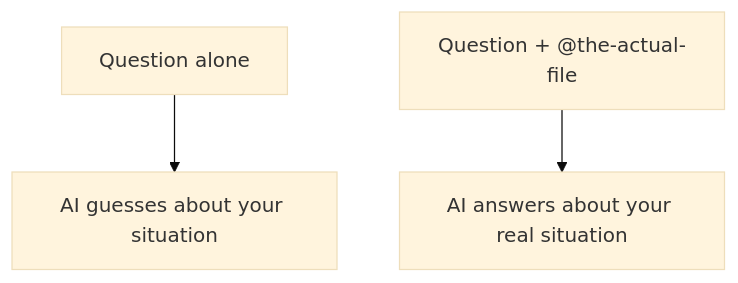
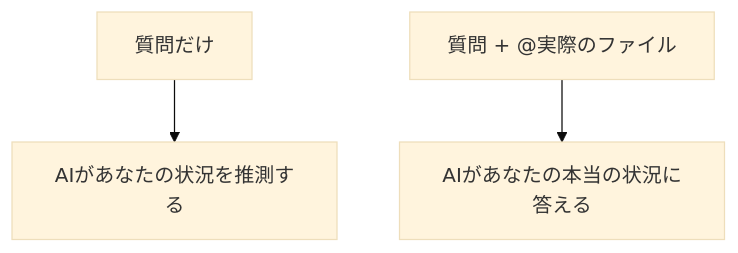
The diagram in content/ai/a04.ja.md (KakkoiDev/izumo-io), drawn with Mermaid (base theme) before and after one commit. The commit also changed 47 other files, not shown here.

First line of the commit message:
Translate mermaid diagram labels to JA + PT in AI lessons

````diff
--- a/content/ai/a04.ja.md
+++ b/content/ai/a04.ja.md
@@ -29,5 +29,5 @@
 ```mermaid
 flowchart TD
-    Q[Question alone] --> G[AI guesses about your situation]
-    QC["Question + @the-actual-file"] --> A[AI answers about your real situation]
+    Q[質問だけ] --> G[AIがあなたの状況を推測する]
+    QC["質問 + @実際のファイル"] --> A[AIがあなたの本当の状況に答える]
 ```
````
